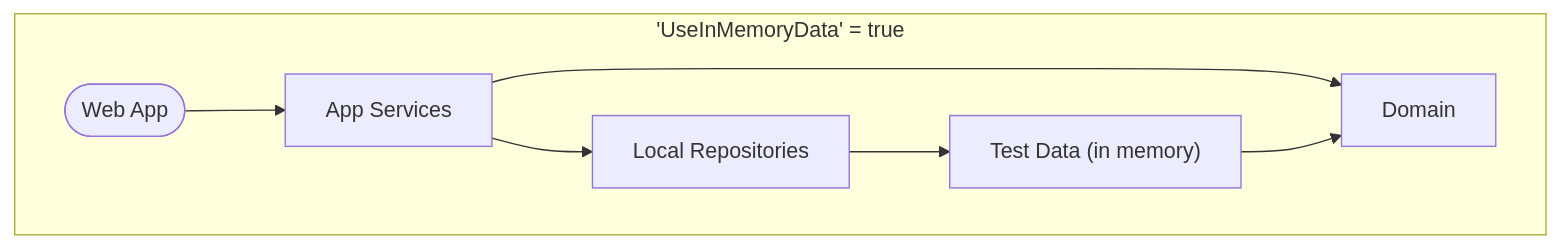
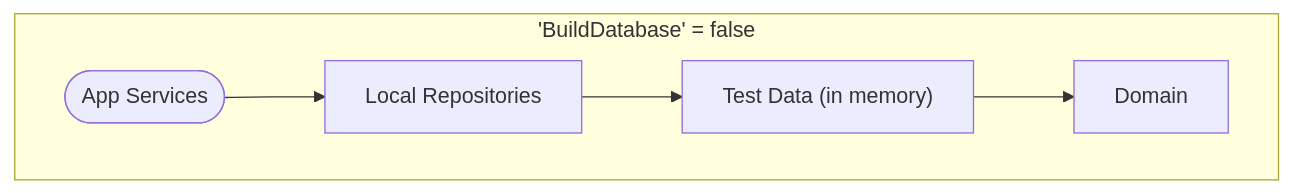
Before and after one commit to gaepdit/sbeap: the first of 3 diagrams in README.md, drawn with Mermaid. The commit also changed other lines of this file and 20 other files, not shown here.

````diff
--- a/README.md
+++ b/README.md
@@ -83,17 +82,13 @@
 ```mermaid
 flowchart LR
-    subgraph SPL["'UseInMemoryData' = true"]
+    subgraph SPL["'BuildDatabase' = false"]
         direction LR
         D[Domain]
         T["Test Data (in memory)"]
         R[Local Repositories]
-        A[App Services]
-        W([Web App])
-
-        W --> A
-        A --> D
+        A([App Services])
         A --> R
         R --> T
         T --> D
     end
 ```
````
